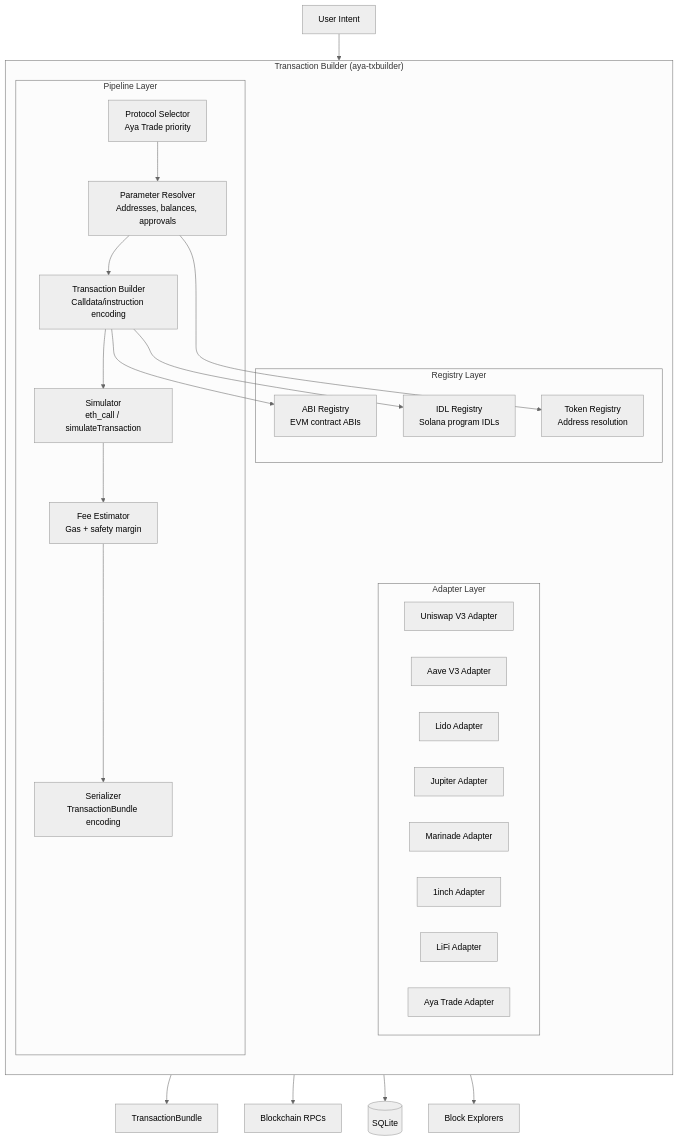
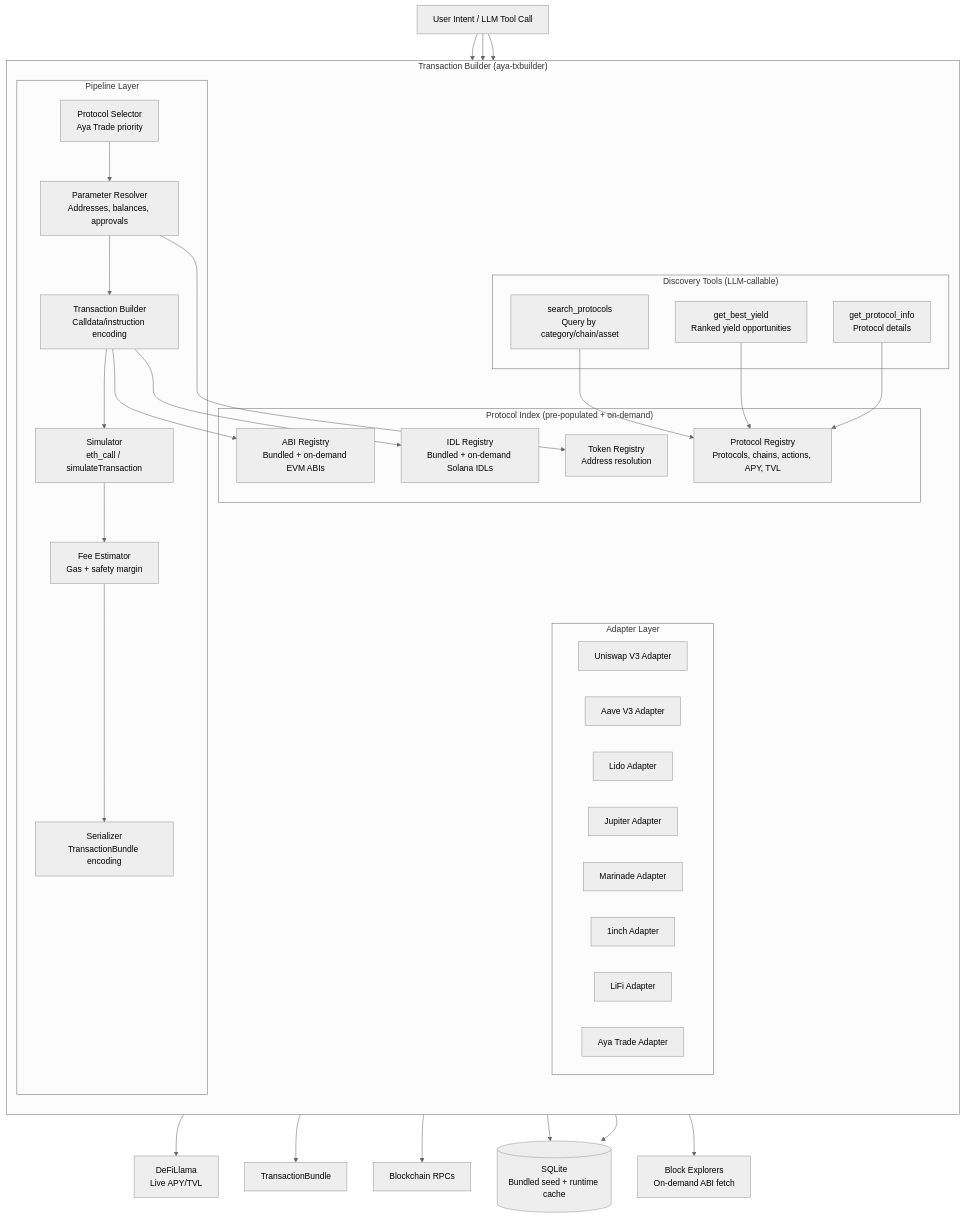
Before and after one commit to klodio/aya-mobile-assistant: the fifth of 14 diagrams in ARCHITECTURE.md, drawn with Mermaid (neutral theme). The commit also changed other lines of this file, not shown here.

Commit message:
Updated Yield Architecture docs

````diff
--- a/ARCHITECTURE.md
+++ b/ARCHITECTURE.md
@@ -174,44 +174,58 @@
 ```mermaid
 graph TB
     subgraph "Transaction Builder (aya-txbuilder)"
         direction TB
-        subgraph "Registry Layer"
-            ABIREG[ABI Registry<br/>EVM contract ABIs]
-            IDLREG[IDL Registry<br/>Solana program IDLs]
+        subgraph "Protocol Index (pre-populated + on-demand)"
+            PROTOREG[Protocol Registry<br/>Protocols, chains, actions, APY, TVL]
+            ABIREG[ABI Registry<br/>Bundled + on-demand EVM ABIs]
+            IDLREG[IDL Registry<br/>Bundled + on-demand Solana IDLs]
             TOKENREG[Token Registry<br/>Address resolution]
+        end
+        subgraph "Discovery Tools (LLM-callable)"
+            SEARCH[search_protocols<br/>Query by category/chain/asset]
+            YIELD[get_best_yield<br/>Ranked yield opportunities]
+            PROTOINFO[get_protocol_info<br/>Protocol details]
         end
         subgraph "Adapter Layer"
             UNISWAP[Uniswap V3 Adapter]
             AAVE[Aave V3 Adapter]
             LIDO[Lido Adapter]
             JUPITER[Jupiter Adapter]
             MARINADE[Marinade Adapter]
             ONEINCH[1inch Adapter]
             LIFI[LiFi Adapter]
             AYATRADE_ADAPTER[Aya Trade Adapter]
         end
         subgraph "Pipeline Layer"
             SELECTOR[Protocol Selector<br/>Aya Trade priority]
             RESOLVER[Parameter Resolver<br/>Addresses, balances, approvals]
             BUILDER[Transaction Builder<br/>Calldata/instruction encoding]
             SIMULATOR[Simulator<br/>eth_call / simulateTransaction]
             ESTIMATOR[Fee Estimator<br/>Gas + safety margin]
             SERIALIZER[Serializer<br/>TransactionBundle encoding]
         end
     end
 
-    INTENT[User Intent] --> SELECTOR
+    INTENT[User Intent / LLM Tool Call] --> SEARCH
+    INTENT --> YIELD
+    INTENT --> SELECTOR
+    SEARCH --> PROTOREG
+    YIELD --> PROTOREG
+    YIELD --> DEFILLAMA[DeFiLlama<br/>Live APY/TVL]
+    PROTOINFO --> PROTOREG
+
     SELECTOR --> RESOLVER
     RESOLVER --> BUILDER
     BUILDER --> SIMULATOR
     SIMULATOR --> ESTIMATOR
     ESTIMATOR --> SERIALIZER
     SERIALIZER --> BUNDLE[TransactionBundle]
 
     BUILDER --> ABIREG
     BUILDER --> IDLREG
     RESOLVER --> TOKENREG
     SIMULATOR --> RPC[Blockchain RPCs]
-    ABIREG --> SQLITE[(SQLite)]
-    ABIREG --> EXPLORERS[Block Explorers]
+    PROTOREG --> SQLITE[(SQLite<br/>Bundled seed + runtime cache)]
+    ABIREG --> SQLITE
+    ABIREG --> EXPLORERS[Block Explorers<br/>On-demand ABI fetch]
 ```
````
